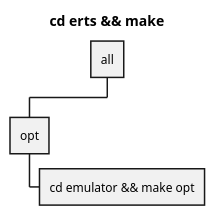
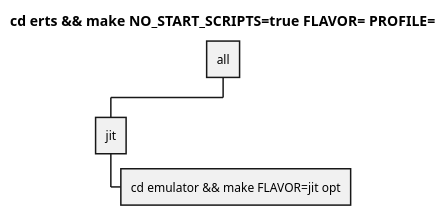
One commit to ohr486/ErlHG changed the second of 4 diagrams in makefile.md. Above: the diagram before and after it, drawn with PlantUML. The commit also changed other lines of this file, not shown here.

Commit message:
fix makefile diagrams

````diff
--- a/makefile.md
+++ b/makefile.md
@@ -35,8 +45,8 @@
 ```plantuml
 @startwbs
-title cd erts && make
+title cd erts && make NO_START_SCRIPTS=true FLAVOR= PROFILE=
 * all
-** opt
-*** cd emulator && make opt
+** jit
+*** cd emulator && make FLAVOR=jit opt
 @endwbs
 ```
````
